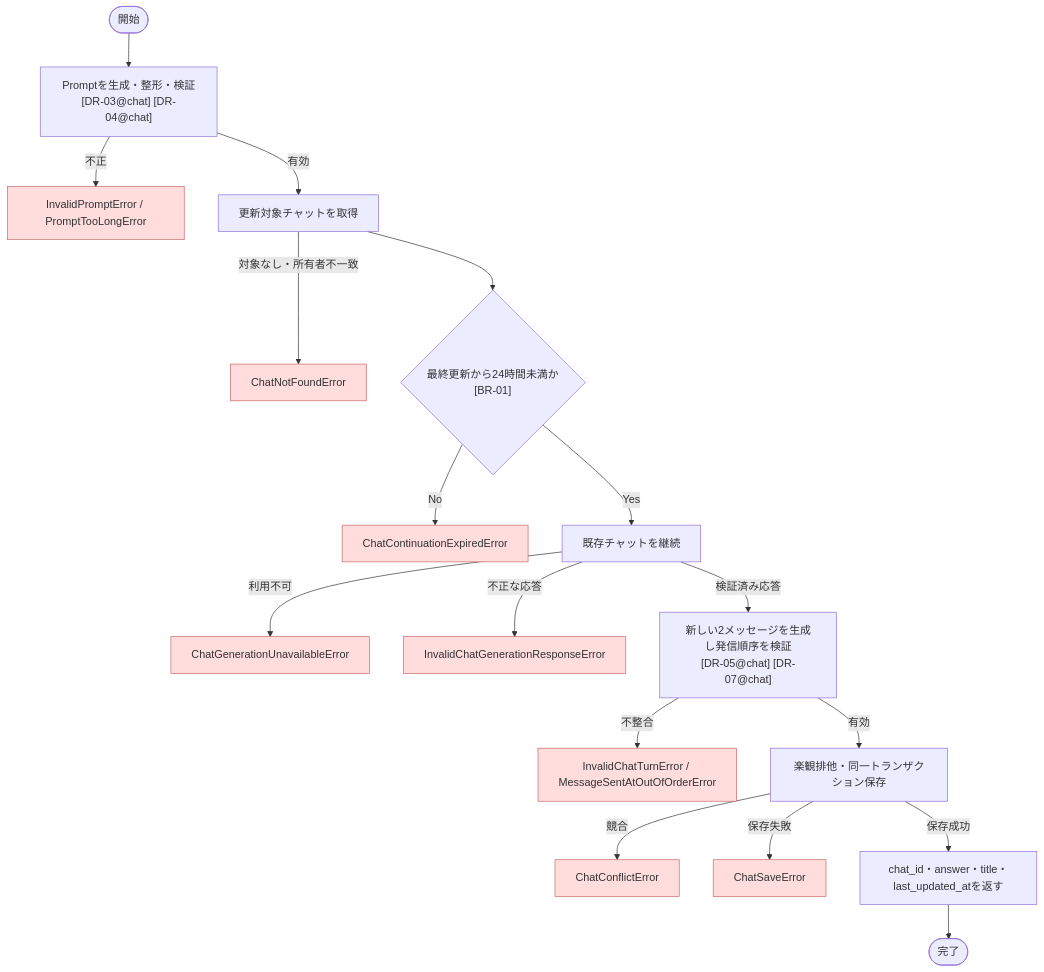
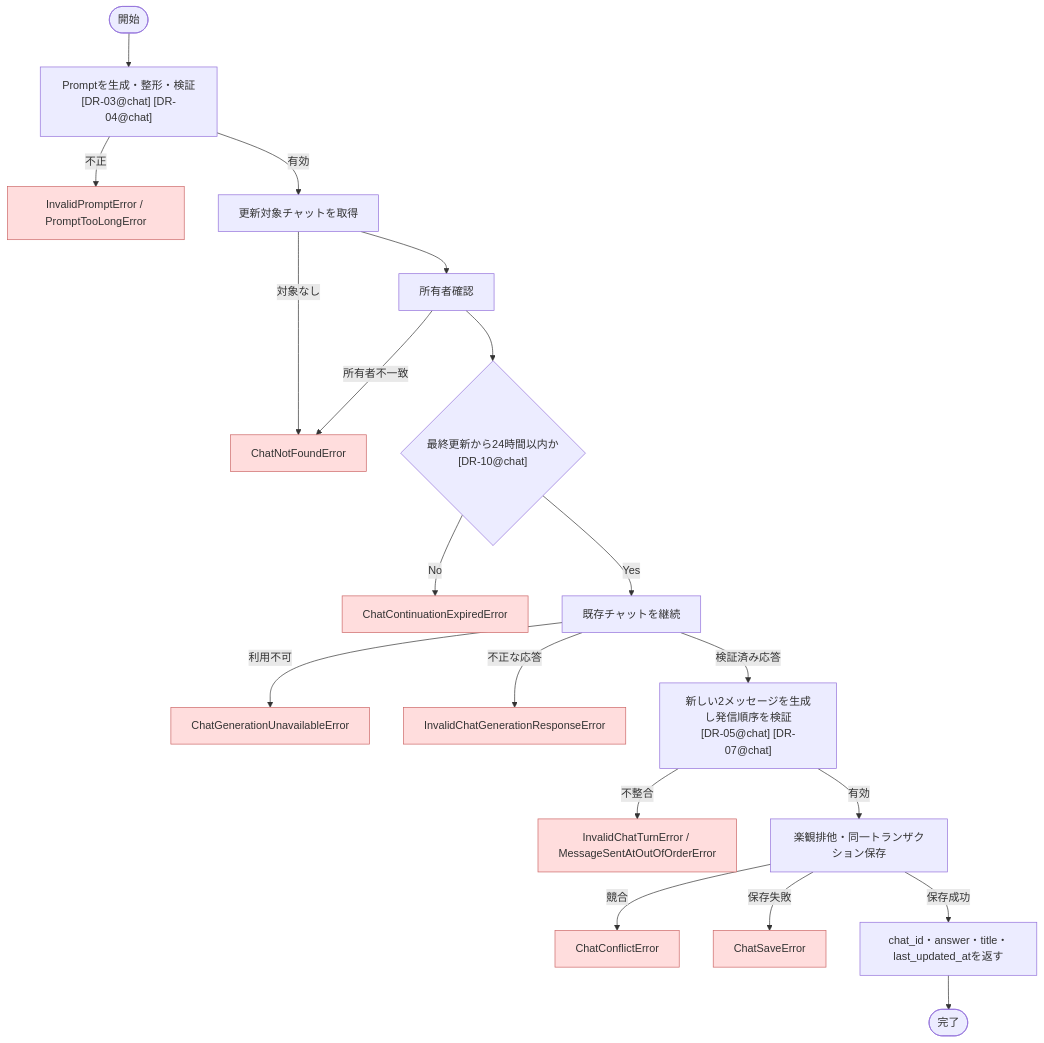
One commit to ponta-kh/paperbuddy changed the diagram in docs/backend/specification/usecases/chat/continue_chat.md. Above: the diagram before and after it, drawn with Mermaid. The commit also changed other lines of this file and 21 other files, not shown here.

````diff
--- a/docs/backend/specification/usecases/chat/continue_chat.md
+++ b/docs/backend/specification/usecases/chat/continue_chat.md
@@ -103,28 +104,30 @@
 ```mermaid
 flowchart TD
     A([開始]) --> B["Promptを生成・整形・検証\n[DR-03@chat] [DR-04@chat]"]
     B -->|不正| ERR1["InvalidPromptError / PromptTooLongError"]
     B -->|有効| C["更新対象チャットを取得"]
-    C -->|対象なし・所有者不一致| ERR2["ChatNotFoundError"]
-    C --> D{"最終更新から24時間未満か\n[BR-01]"}
+    C -->|対象なし| ERR2["ChatNotFoundError"]
+    C --> OWNER["所有者確認"]
+    OWNER -->|所有者不一致| ERR2
+    OWNER --> D{"最終更新から24時間以内か\n[DR-10@chat]"}
     D -->|No| ERR3["ChatContinuationExpiredError"]
     D -->|Yes| E["既存チャットを継続"]
     E -->|利用不可| ERR4["ChatGenerationUnavailableError"]
     E -->|不正な応答| ERR5["InvalidChatGenerationResponseError"]
     E -->|検証済み応答| F["新しい2メッセージを生成し発信順序を検証\n[DR-05@chat] [DR-07@chat]"]
     F -->|不整合| ERR6["InvalidChatTurnError / MessageSentAtOutOfOrderError"]
     F -->|有効| G["楽観排他・同一トランザクション保存"]
     G -->|競合| ERR8["ChatConflictError"]
     G -->|保存失敗| ERR7["ChatSaveError"]
     G -->|保存成功| H["chat_id・answer・title・last_updated_atを返す"]
     H --> I([完了])
 
     style ERR1 fill:#fdd,stroke:#c66
     style ERR2 fill:#fdd,stroke:#c66
     style ERR3 fill:#fdd,stroke:#c66
     style ERR4 fill:#fdd,stroke:#c66
     style ERR5 fill:#fdd,stroke:#c66
     style ERR6 fill:#fdd,stroke:#c66
     style ERR7 fill:#fdd,stroke:#c66
     style ERR8 fill:#fdd,stroke:#c66
 ```
````
